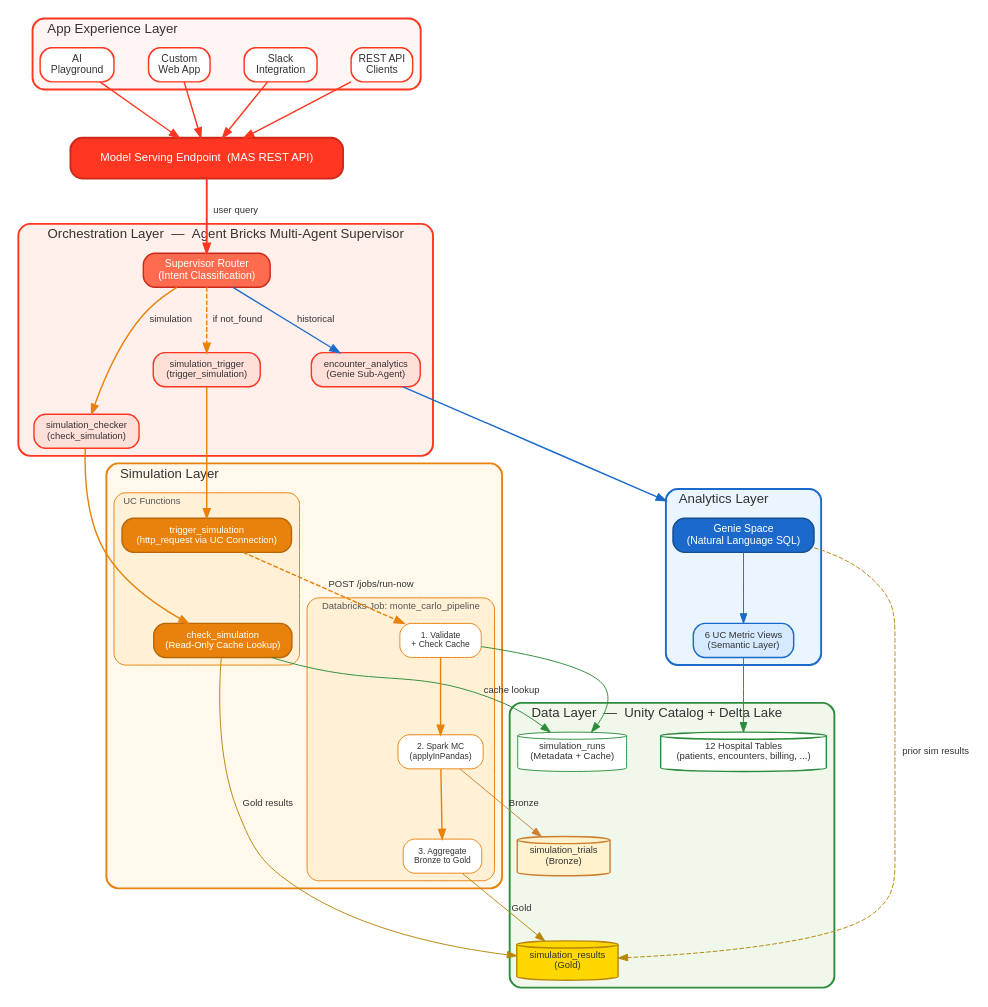
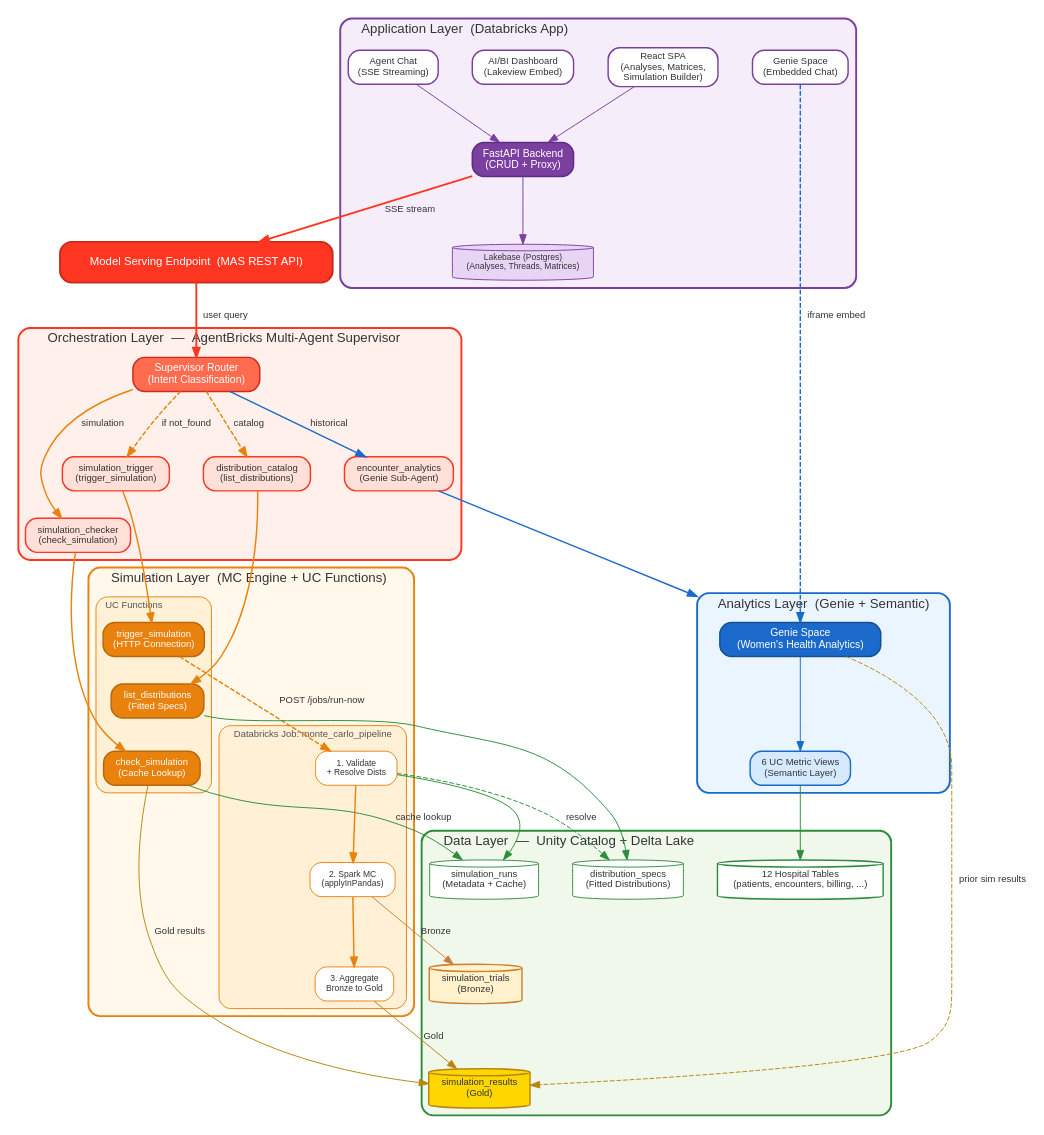
Before and after one commit to marcjimz/monte-carlo-supervisor: the diagram in docs/diagrams/architecture.dot, drawn with Graphviz. The commit also changed 5 other files, not shown here.

First line of the commit message:
docs: update architecture and workstream diagrams for 3-phase structure

```diff
--- a/docs/diagrams/architecture.dot
+++ b/docs/diagrams/architecture.dot
@@ -7,27 +7,35 @@
     ranksep=0.8;
     nodesep=0.5;
 
-    // Global edge styling - explicit dark color for Lucid Chart compatibility
+    // Global edge styling
     edge [color="#555555", penwidth=1.5, fontname="Helvetica", fontsize=10, fontcolor="#333333"];
 
     // ===================================================================
-    // APP EXPERIENCE LAYER
+    // APPLICATION LAYER (Phase 3)
     // ===================================================================
     subgraph cluster_app {
-        label="App Experience Layer";
+        label="Application Layer  (Databricks App)";
         labeljust=l;
         fontname="Helvetica";
         fontsize=14;
         fontcolor="#333333";
         style="filled,rounded";
-        fillcolor="#FFF5F2";
-        color="#FF3621";
+        fillcolor="#F5EEFA";
+        color="#7B3FA0";
         penwidth=2;
 
-        playground [label="AI\nPlayground", shape=box, style="filled,rounded", fillcolor="#FFFFFF", color="#FF3621", fontname="Helvetica", fontsize=11, fontcolor="#333333", penwidth=1.5];
-        webapp [label="Custom\nWeb App", shape=box, style="filled,rounded", fillcolor="#FFFFFF", color="#FF3621", fontname="Helvetica", fontsize=11, fontcolor="#333333", penwidth=1.5];
-        slack [label="Slack\nIntegration", shape=box, style="filled,rounded", fillcolor="#FFFFFF", color="#FF3621", fontname="Helvetica", fontsize=11, fontcolor="#333333", penwidth=1.5];
-        restapi [label="REST API\nClients", shape=box, style="filled,rounded", fillcolor="#FFFFFF", color="#FF3621", fontname="Helvetica", fontsize=11, fontcolor="#333333", penwidth=1.5];
+        webapp [label="React SPA\n(Analyses, Matrices,\nSimulation Builder)", shape=box, style="filled,rounded", fillcolor="#FFFFFF", color="#7B3FA0", fontname="Helvetica", fontsize=10, fontcolor="#333333", penwidth=1.5];
+        dashboard_embed [label="AI/BI Dashboard\n(Lakeview Embed)", shape=box, style="filled,rounded", fillcolor="#FFFFFF", color="#7B3FA0", fontname="Helvetica", fontsize=10, fontcolor="#333333", penwidth=1.5];
+        genie_embed [label="Genie Space\n(Embedded Chat)", shape=box, style="filled,rounded", fillcolor="#FFFFFF", color="#7B3FA0", fontname="Helvetica", fontsize=10, fontcolor="#333333", penwidth=1.5];
+        agent_chat [label="Agent Chat\n(SSE Streaming)", shape=box, style="filled,rounded", fillcolor="#FFFFFF", color="#7B3FA0", fontname="Helvetica", fontsize=10, fontcolor="#333333", penwidth=1.5];
+        fastapi [label="FastAPI Backend\n(CRUD + Proxy)", shape=box, style="filled,rounded", fillcolor="#7B3FA0", fontcolor="white", fontname="Helvetica", fontsize=11, color="#5C2D80", penwidth=1.5];
+        lakebase [label="Lakebase (Postgres)\n(Analyses, Threads, Matrices)", shape=cylinder, style=filled, fillcolor="#E8D5F5", fontname="Helvetica", fontsize=9, fontcolor="#333333", color="#7B3FA0", penwidth=1];
+
+        webapp -> fastapi [color="#7B3FA0", penwidth=1];
+        dashboard_embed -> fastapi [color="#7B3FA0", penwidth=1, style=invis];
+        genie_embed -> fastapi [color="#7B3FA0", penwidth=1, style=invis];
+        agent_chat -> fastapi [color="#7B3FA0", penwidth=1];
+        fastapi -> lakebase [color="#7B3FA0", penwidth=1];
     }
 
     // ===================================================================
@@ -36,10 +44,10 @@
     endpoint [label="Model Serving Endpoint  (MAS REST API)", shape=box, style="filled,rounded", fillcolor="#FF3621", fontcolor="white", fontname="Helvetica", fontsize=12, color="#CC2A1A", penwidth=2, width=4, height=0.6];
 
     // ===================================================================
-    // ORCHESTRATION LAYER
+    // ORCHESTRATION LAYER (Phase 2)
     // ===================================================================
     subgraph cluster_orchestration {
-        label="Orchestration Layer  —  Agent Bricks Multi-Agent Supervisor";
+        label="Orchestration Layer  —  AgentBricks Multi-Agent Supervisor";
         labeljust=l;
         fontname="Helvetica";
         fontsize=14;
@@ -54,13 +62,14 @@
         encounter_agent [label="encounter_analytics\n(Genie Sub-Agent)", shape=box, style="filled,rounded", fillcolor="#FFE0D9", fontname="Helvetica", fontsize=10, fontcolor="#333333", color="#FF3621", penwidth=1.5];
         checker_agent [label="simulation_checker\n(check_simulation)", shape=box, style="filled,rounded", fillcolor="#FFE0D9", fontname="Helvetica", fontsize=10, fontcolor="#333333", color="#FF3621", penwidth=1.5];
         trigger_agent [label="simulation_trigger\n(trigger_simulation)", shape=box, style="filled,rounded", fillcolor="#FFE0D9", fontname="Helvetica", fontsize=10, fontcolor="#333333", color="#FF3621", penwidth=1.5];
+        distribution_agent [label="distribution_catalog\n(list_distributions)", shape=box, style="filled,rounded", fillcolor="#FFE0D9", fontname="Helvetica", fontsize=10, fontcolor="#333333", color="#FF3621", penwidth=1.5];
     }
 
     // ===================================================================
-    // ANALYTICS LAYER (left) — simplified
+    // ANALYTICS LAYER (Phase 1)
     // ===================================================================
     subgraph cluster_analytics {
-        label="Analytics Layer";
+        label="Analytics Layer  (Genie + Semantic)";
         labeljust=l;
         fontname="Helvetica";
         fontsize=14;
@@ -70,7 +79,7 @@
         color="#1B6ACB";
         penwidth=2;
 
-        genie [label="Genie Space\n(Natural Language SQL)", shape=box, style="filled,rounded", fillcolor="#1B6ACB", fontcolor="white", fontname="Helvetica", fontsize=11, color="#14508F", penwidth=1.5];
+        genie [label="Genie Space\n(Women's Health Analytics)", shape=box, style="filled,rounded", fillcolor="#1B6ACB", fontcolor="white", fontname="Helvetica", fontsize=11, color="#14508F", penwidth=1.5];
 
         metricviews [label="6 UC Metric Views\n(Semantic Layer)", shape=box, style="filled,rounded", fillcolor="#D6EAFF", fontname="Helvetica", fontsize=10, fontcolor="#333333", color="#1B6ACB", penwidth=1.5];
 
@@ -78,10 +87,10 @@
     }
 
     // ===================================================================
-    // SIMULATION LAYER (right)
+    // SIMULATION LAYER (Phase 1)
     // ===================================================================
     subgraph cluster_simulation {
-        label="Simulation Layer";
+        label="Simulation Layer  (MC Engine + UC Functions)";
         labeljust=l;
         fontname="Helvetica";
         fontsize=14;
@@ -101,8 +110,9 @@
             color="#E8820C";
             penwidth=1;
 
-            check_fn [label="check_simulation\n(Read-Only Cache Lookup)", shape=box, style="filled,rounded", fillcolor="#E8820C", fontcolor="white", fontname="Helvetica", fontsize=10, color="#B86709", penwidth=1.5];
-            trigger_fn [label="trigger_simulation\n(http_request via UC Connection)", shape=box, style="filled,rounded", fillcolor="#E8820C", fontcolor="white", fontname="Helvetica", fontsize=10, color="#B86709", penwidth=1.5];
+            check_fn [label="check_simulation\n(Cache Lookup)", shape=box, style="filled,rounded", fillcolor="#E8820C", fontcolor="white", fontname="Helvetica", fontsize=10, color="#B86709", penwidth=1.5];
+            trigger_fn [label="trigger_simulation\n(HTTP Connection)", shape=box, style="filled,rounded", fillcolor="#E8820C", fontcolor="white", fontname="Helvetica", fontsize=10, color="#B86709", penwidth=1.5];
+            list_dist_fn [label="list_distributions\n(Fitted Specs)", shape=box, style="filled,rounded", fillcolor="#E8820C", fontcolor="white", fontname="Helvetica", fontsize=10, color="#B86709", penwidth=1.5];
         }
 
         subgraph cluster_pipeline {
@@ -115,14 +125,14 @@
             color="#E8820C";
             penwidth=1;
 
-            task1 [label="1. Validate\n+ Check Cache", shape=box, style="filled,rounded", fillcolor="#FFFFFF", fontname="Helvetica", fontsize=9, fontcolor="#333333", color="#E8820C", penwidth=1];
+            task1 [label="1. Validate\n+ Resolve Dists", shape=box, style="filled,rounded", fillcolor="#FFFFFF", fontname="Helvetica", fontsize=9, fontcolor="#333333", color="#E8820C", penwidth=1];
             task2 [label="2. Spark MC\n(applyInPandas)", shape=box, style="filled,rounded", fillcolor="#FFFFFF", fontname="Helvetica", fontsize=9, fontcolor="#333333", color="#E8820C", penwidth=1];
             task3 [label="3. Aggregate\nBronze to Gold", shape=box, style="filled,rounded", fillcolor="#FFFFFF", fontname="Helvetica", fontsize=9, fontcolor="#333333", color="#E8820C", penwidth=1];
         }
     }
 
     // ===================================================================
-    // DATA LAYER — simplified
+    // DATA LAYER (Phase 1)
     // ===================================================================
     subgraph cluster_data {
         label="Data Layer  —  Unity Catalog + Delta Lake";
@@ -136,6 +146,7 @@
         penwidth=2;
 
         hospital_tables [label="12 Hospital Tables\n(patients, encounters, billing, ...)", shape=cylinder, style=filled, fillcolor="#FFFFFF", fontname="Helvetica", fontsize=10, fontcolor="#333333", color="#2D8C3C", penwidth=1.5];
+        dist_specs [label="distribution_specs\n(Fitted Distributions)", shape=cylinder, style=filled, fillcolor="#FFFFFF", fontname="Helvetica", fontsize=10, fontcolor="#333333", color="#2D8C3C", penwidth=1];
 
         sim_runs [label="simulation_runs\n(Metadata + Cache)", shape=cylinder, style=filled, fillcolor="#FFFFFF", fontname="Helvetica", fontsize=10, fontcolor="#333333", color="#2D8C3C", penwidth=1];
         sim_trials [label="simulation_trials\n(Bronze)", shape=cylinder, style=filled, fillcolor="#FFF2CC", fontname="Helvetica", fontsize=10, fontcolor="#333333", color="#CD7F32", penwidth=1.5];
@@ -143,12 +154,14 @@
     }
 
     // ===================================================================
-    // EDGES — App to Endpoint
+    // EDGES
     // ===================================================================
-    playground -> endpoint [color="#FF3621", penwidth=1.5];
-    webapp -> endpoint [color="#FF3621", penwidth=1.5];
-    slack -> endpoint [color="#FF3621", penwidth=1.5];
-    restapi -> endpoint [color="#FF3621", penwidth=1.5];
+
+    // App to Endpoint
+    fastapi -> endpoint [color="#FF3621", penwidth=2, label="  SSE stream  "];
+
+    // App embeds Genie directly
+    genie_embed -> genie [color="#1B6ACB", penwidth=1.5, style=dashed, label=" iframe embed "];
 
     // Endpoint to Router
     endpoint -> router [color="#FF3621", penwidth=2, label="  user query  "];
@@ -157,6 +170,7 @@
     router -> encounter_agent [color="#1B6ACB", penwidth=1.5, label=" historical "];
     router -> checker_agent [color="#E8820C", penwidth=1.5, label=" simulation "];
     router -> trigger_agent [color="#E8820C", penwidth=1.5, style=dashed, label=" if not_found "];
+    router -> distribution_agent [color="#E8820C", penwidth=1.5, style=dashed, label=" catalog "];
 
     // Analytics flow
     encounter_agent -> genie [color="#1B6ACB", penwidth=1.5, lhead=cluster_analytics];
@@ -165,11 +179,12 @@
     // Simulation flow
     checker_agent -> check_fn [color="#E8820C", penwidth=1.5];
     trigger_agent -> trigger_fn [color="#E8820C", penwidth=1.5];
+    distribution_agent -> list_dist_fn [color="#E8820C", penwidth=1.5];
 
     check_fn -> sim_runs [color="#2D8C3C", penwidth=1, label=" cache lookup "];
     check_fn -> sim_results [color="#B8860B", penwidth=1, label=" Gold results "];
+    list_dist_fn -> dist_specs [color="#2D8C3C", penwidth=1];
 
-    // trigger_fn calls Jobs API directly (UC Connection is internal to the function)
     trigger_fn -> task1 [color="#E8820C", penwidth=1.5, style=dashed, label=" POST /jobs/run-now "];
 
     // Pipeline flow
@@ -178,7 +193,8 @@
     task2 -> sim_trials [color="#CD7F32", penwidth=1, label=" Bronze "];
     task3 -> sim_results [color="#B8860B", penwidth=1, label=" Gold "];
     task1 -> sim_runs [color="#2D8C3C", penwidth=1];
+    task1 -> dist_specs [color="#2D8C3C", penwidth=1, style=dashed, label=" resolve "];
 
-    // Genie also reads Gold results
+    // Genie reads Gold results
     genie -> sim_results [color="#B8860B", penwidth=1, style=dashed, label=" prior sim results "];
 }
```
